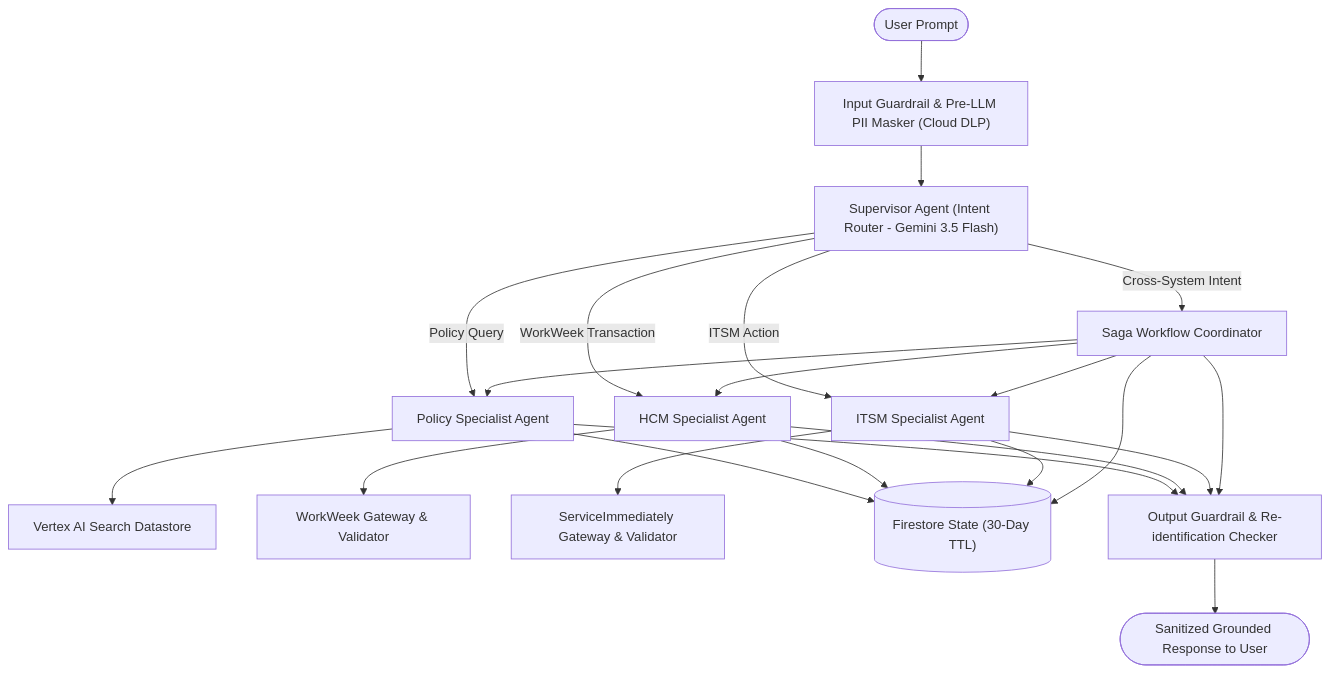
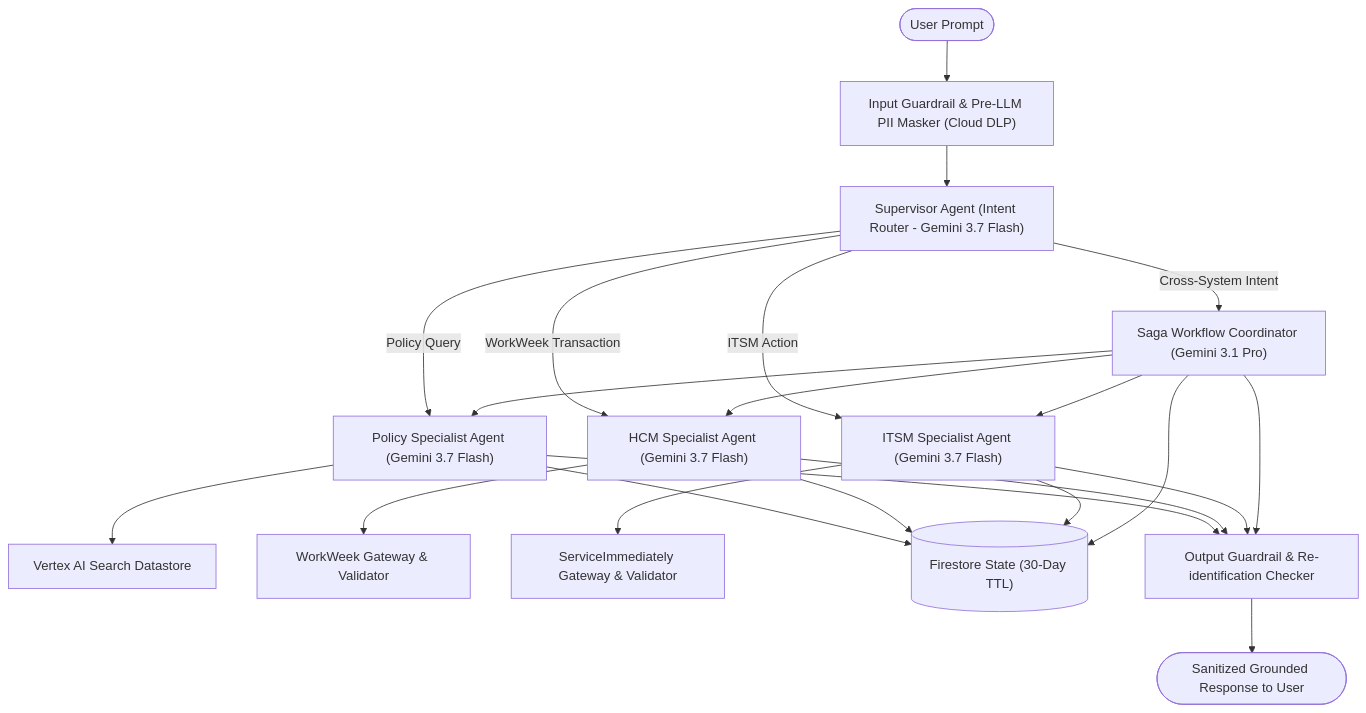
The fourth of 12 diagrams in Enterprise Agentic Solution Design Document - MVP 1.md (randyh0329/PRJ-ELEVATE-C1-G5), drawn with Mermaid before and after one commit. The commit also changed other lines of this file, not shown here.

````diff
--- a/Enterprise Agentic Solution Design Document - MVP 1.md
+++ b/Enterprise Agentic Solution Design Document - MVP 1.md
@@ -193,28 +194,28 @@
 ```mermaid
 graph TD
     Input(["User Prompt"]) --> SafeIn["Input Guardrail & Pre-LLM PII Masker (Cloud DLP)"]
-    SafeIn --> Sup["Supervisor Agent (Intent Router - Gemini 3.5 Flash)"]
+    SafeIn --> Sup["Supervisor Agent (Intent Router - Gemini 3.7 Flash)"]
     
-    Sup -->|Policy Query| Worker1["Policy Specialist Agent"]
-    Sup -->|WorkWeek Transaction| Worker2["HCM Specialist Agent"]
-    Sup -->|ITSM Action| Worker3["ITSM Specialist Agent"]
-    Sup -->|Cross-System Intent| Worker4["Saga Workflow Coordinator"]
+    Sup -->|Policy Query| Worker1["Policy Specialist Agent (Gemini 3.7 Flash)"]
+    Sup -->|WorkWeek Transaction| Worker2["HCM Specialist Agent (Gemini 3.7 Flash)"]
+    Sup -->|ITSM Action| Worker3["ITSM Specialist Agent (Gemini 3.7 Flash)"]
+    Sup -->|Cross-System Intent| Worker4["Saga Workflow Coordinator (Gemini 3.1 Pro)"]
     
     Worker1 --> Tool1["Vertex AI Search Datastore"]
     Worker2 --> Tool2["WorkWeek Gateway & Validator"]
     Worker3 --> Tool3["ServiceImmediately Gateway & Validator"]
     Worker4 --> Worker1
     Worker4 --> Worker2
     Worker4 --> Worker3
     
     Worker1 --> StateStore[("Firestore State (30-Day TTL)")]
     Worker2 --> StateStore
     Worker3 --> StateStore
     Worker4 --> StateStore
     
     Worker1 --> SafeOut["Output Guardrail & Re-identification Checker"]
     Worker2 --> SafeOut
     Worker3 --> SafeOut
     Worker4 --> SafeOut
     SafeOut --> Output(["Sanitized Grounded Response to User"])
 ```
````
